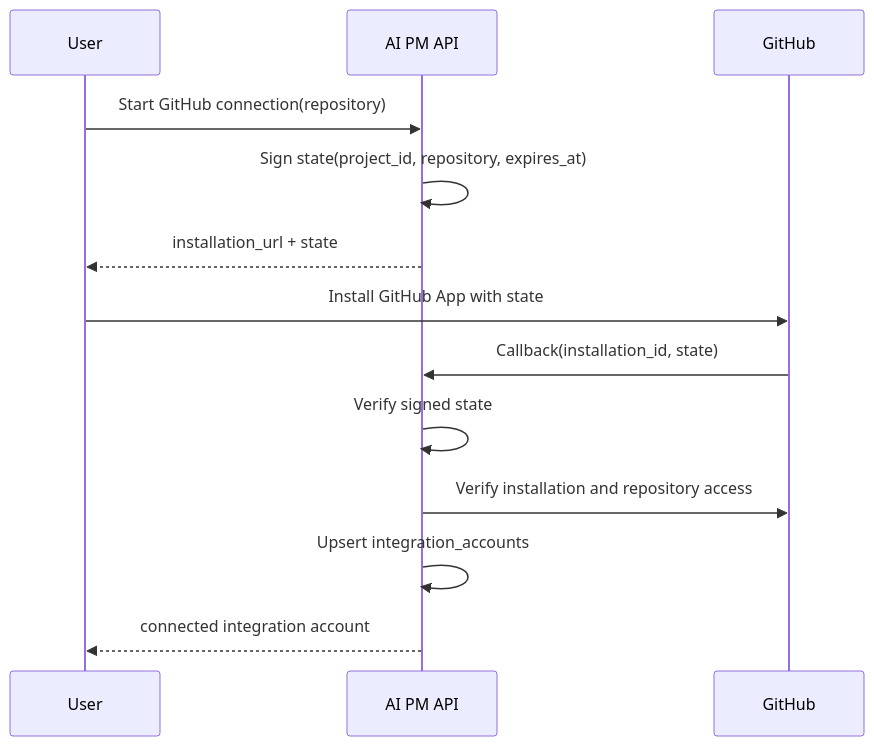
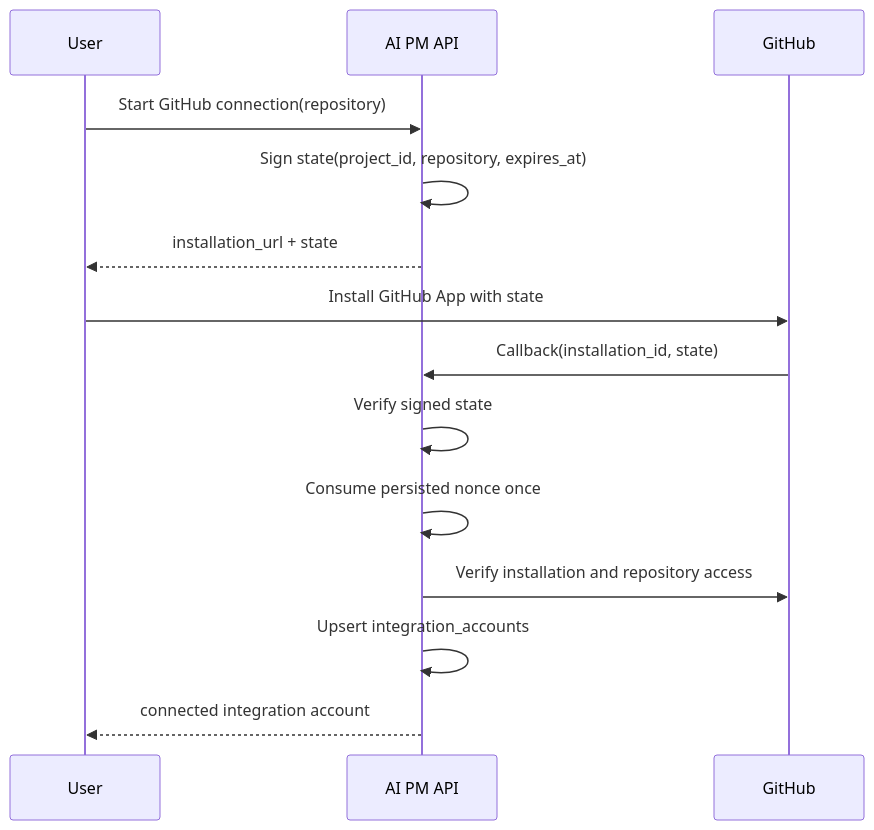
Before and after one commit to Kazuya-Sakashita/ai-pm-platform: the diagram in docs/architecture/20260701_github_app_provider_implementation.md, drawn with Mermaid. The commit also changed other lines of this file and 12 other files, not shown here.

````diff
--- a/docs/architecture/20260701_github_app_provider_implementation.md
+++ b/docs/architecture/20260701_github_app_provider_implementation.md
@@ -64,16 +66,17 @@
 ```mermaid
 sequenceDiagram
   participant U as User
   participant API as AI PM API
   participant GH as GitHub
 
   U->>API: Start GitHub connection(repository)
   API->>API: Sign state(project_id, repository, expires_at)
   API-->>U: installation_url + state
   U->>GH: Install GitHub App with state
   GH->>API: Callback(installation_id, state)
   API->>API: Verify signed state
+  API->>API: Consume persisted nonce once
   API->>GH: Verify installation and repository access
   API->>API: Upsert integration_accounts
   API-->>U: connected integration account
 ```
````
